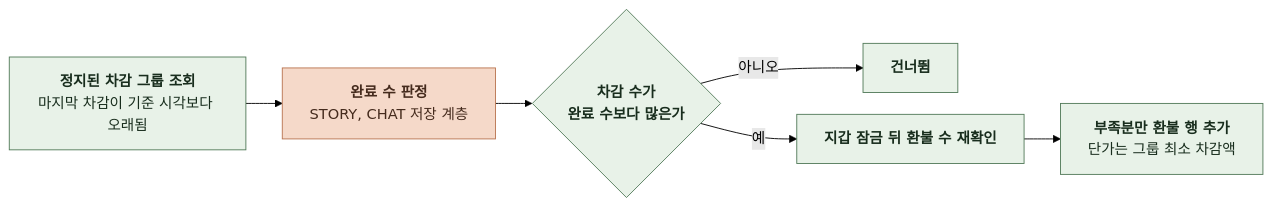
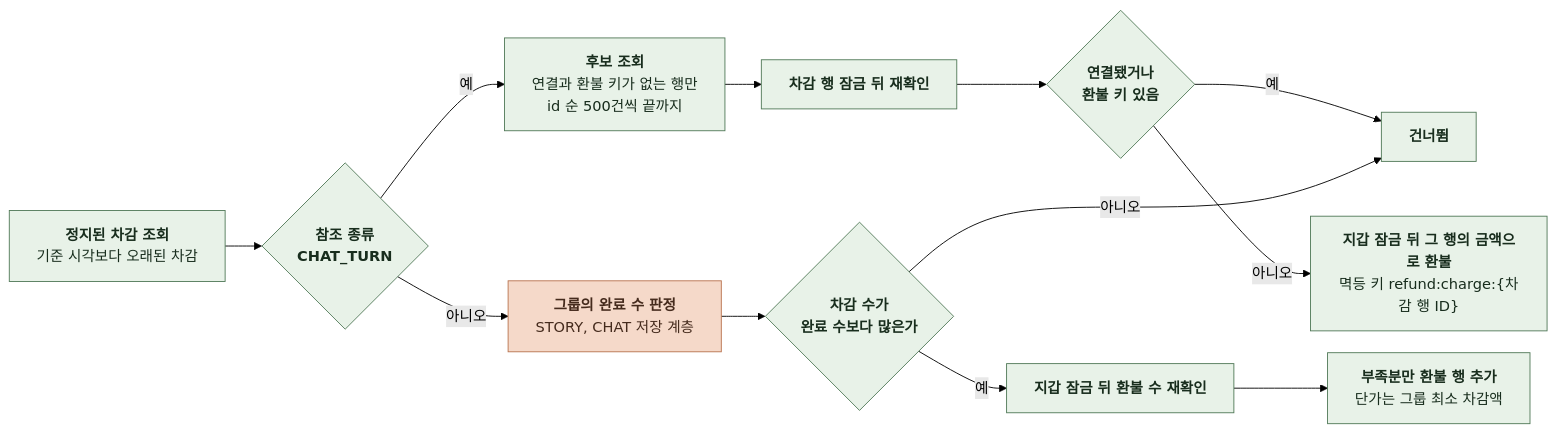
Before and after one commit to KIM-N-KANG/knk-harness: diagram 14 of 14 in docs/domain/PAYMENT/BACKEND/4-1-PIPELINES.md, drawn with Mermaid (forest theme). The commit also changed other lines of this file and 27 other files, not shown here.

````diff
--- a/docs/domain/PAYMENT/BACKEND/4-1-PIPELINES.md
+++ b/docs/domain/PAYMENT/BACKEND/4-1-PIPELINES.md
@@ -393,17 +398,28 @@
 ```mermaid
 %%{init: {"flowchart": {"curve": "basis", "nodeSpacing": 24, "rankSpacing": 40}}}%%
 flowchart LR
-    A["`**정지된 차감 그룹 조회**
-마지막 차감이 기준 시각보다 오래됨`"] --> B["`**완료 수 판정**
+    A["`**정지된 차감 조회**
+기준 시각보다 오래된 차감`"] --> K{"`**참조 종류
+CHAT_TURN**`"}
+    K -->|예| R0["`**후보 조회**
+연결과 환불 키가 없는 행만
+id 순 500건씩 끝까지`"]
+    R0 --> R1["`**차감 행 잠금 뒤 재확인**`"]
+    R1 --> R2{"`**연결됐거나
+환불 키 있음**`"}
+    R2 -->|예| N["`**건너뜀**`"]
+    R2 -->|아니오| R3["`**지갑 잠금 뒤 그 행의 금액으로 환불**
+멱등 키 refund:charge:{차감 행 ID}`"]
+    K -->|아니오| B["`**그룹의 완료 수 판정**
 STORY, CHAT 저장 계층`"]
     B --> C{"`**차감 수가
 완료 수보다 많은가**`"}
-    C -->|아니오| N["`**건너뜀**`"]
+    C -->|아니오| N
     C -->|예| D["`**지갑 잠금 뒤 환불 수 재확인**`"]
     D --> E["`**부족분만 환불 행 추가**
 단가는 그룹 최소 차감액`"]
     classDef comp fill:#E8F2E8,stroke:#527A59,color:#182D1D
     classDef task fill:#F5D9C9,stroke:#B97450,color:#452B1D
-    class A,C,D,E,N comp
+    class A,K,R0,R1,R2,R3,C,D,E,N comp
     class B task
 ```
````
